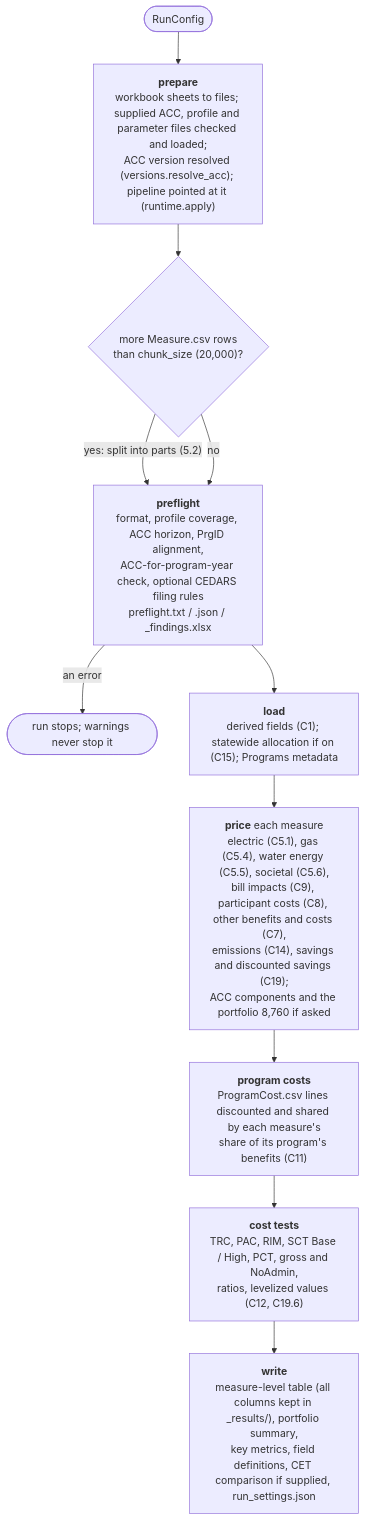
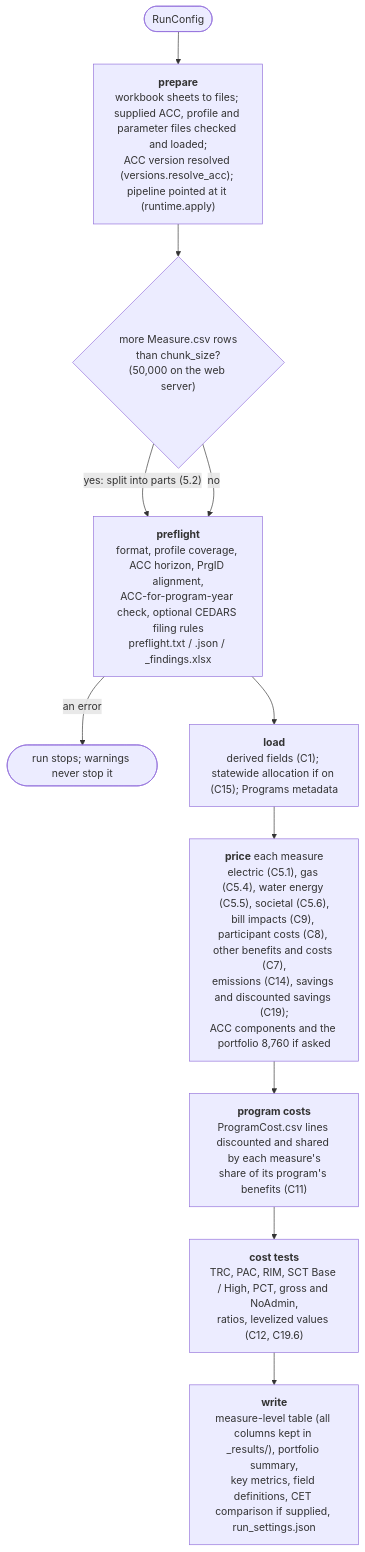
The third of 7 diagrams in recet/docs/ARCHITECTURE.md (JRichardson-PGE/ReCET), drawn with Mermaid before and after one commit. The commit also changed other lines of this file, not shown here.

Commit message:
Architecture doc: the web server runs parts of 50,000 measures (20,000 is the desktop and command-line default)

````diff
--- a/recet/docs/ARCHITECTURE.md
+++ b/recet/docs/ARCHITECTURE.md
@@ -170,14 +170,14 @@
 ```mermaid
 flowchart TB
     cfg(["RunConfig"]) --> prep["<b>prepare</b><br/>workbook sheets to files; supplied ACC, profile and parameter files checked and loaded;<br/>ACC version resolved (versions.resolve_acc); pipeline pointed at it (runtime.apply)"]
-    prep --> split{"more Measure.csv rows<br/>than chunk_size (20,000)?"}
+    prep --> split{"more Measure.csv rows<br/>than chunk_size?<br/>(50,000 on the web server)"}
     split -->|"yes: split into parts (5.2)"| pre
     split -->|no| pre
     pre["<b>preflight</b><br/>format, profile coverage, ACC horizon, PrgID alignment,<br/>ACC-for-program-year check, optional CEDARS filing rules<br/>preflight.txt / .json / _findings.xlsx"]
     pre -->|"an error"| stop(["run stops; warnings never stop it"])
     pre --> load["<b>load</b><br/>derived fields (C1); statewide allocation if on (C15); Programs metadata"]
     load --> price["<b>price</b> each measure<br/>electric (C5.1), gas (C5.4), water energy (C5.5), societal (C5.6),<br/>bill impacts (C9), participant costs (C8), other benefits and costs (C7),<br/>emissions (C14), savings and discounted savings (C19);<br/>ACC components and the portfolio 8,760 if asked"]
     price --> pc["<b>program costs</b><br/>ProgramCost.csv lines discounted and shared by each measure's<br/>share of its program's benefits (C11)"]
     pc --> tests["<b>cost tests</b><br/>TRC, PAC, RIM, SCT Base / High, PCT, gross and NoAdmin,<br/>ratios, levelized values (C12, C19.6)"]
     tests --> write["<b>write</b><br/>measure-level table (all columns kept in _results/), portfolio summary,<br/>key metrics, field definitions, CET comparison if supplied, run_settings.json"]
 ```
````
